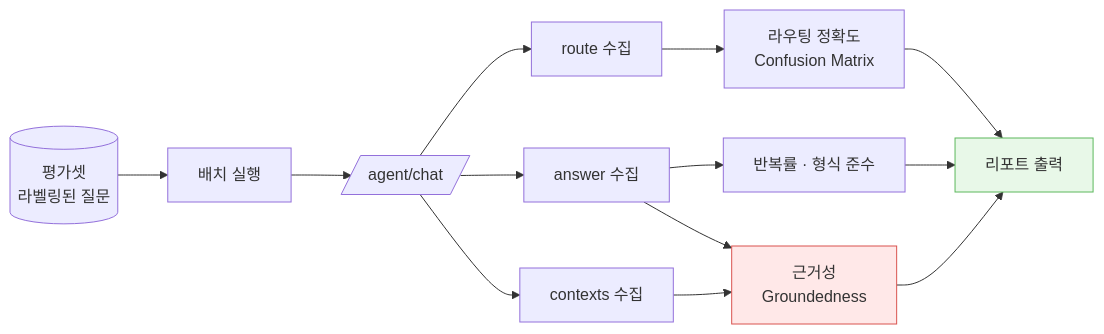
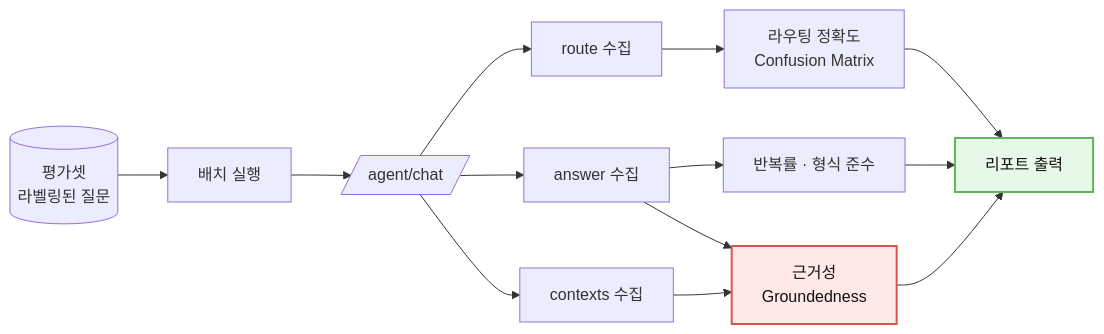
Before and after one commit to Dongju-00/eric-chatagent: the eighth of 10 diagrams in README.md, drawn with Mermaid. The commit also changed other lines of this file, not shown here.

````diff
--- a/README.md
+++ b/README.md
@@ -397,17 +400,17 @@
 ```mermaid
 flowchart LR
     TS[(평가셋<br/>라벨링된 질문)] --> RUN[배치 실행]
     RUN --> API[/agent/chat/]
     API --> R1[route 수집]
     API --> R2[answer 수집]
     API --> R3[contexts 수집]
 
     R1 --> M1[라우팅 정확도<br/>Confusion Matrix]
     R2 --> M2[반복률 · 형식 준수]
     R2 & R3 --> M3[근거성<br/>Groundedness]
 
     M1 & M2 & M3 --> REP[리포트 출력]
 
-    style M3 fill:#ffe8e8,stroke:#d9534f
-    style REP fill:#e8f8e8,stroke:#5cb85c
+    style M3 fill:#ffe8e8,stroke:#d9534f,stroke-width:2px,color:#111111
+    style REP fill:#e8f8e8,stroke:#5cb85c,stroke-width:2px,color:#111111
 ```
````
